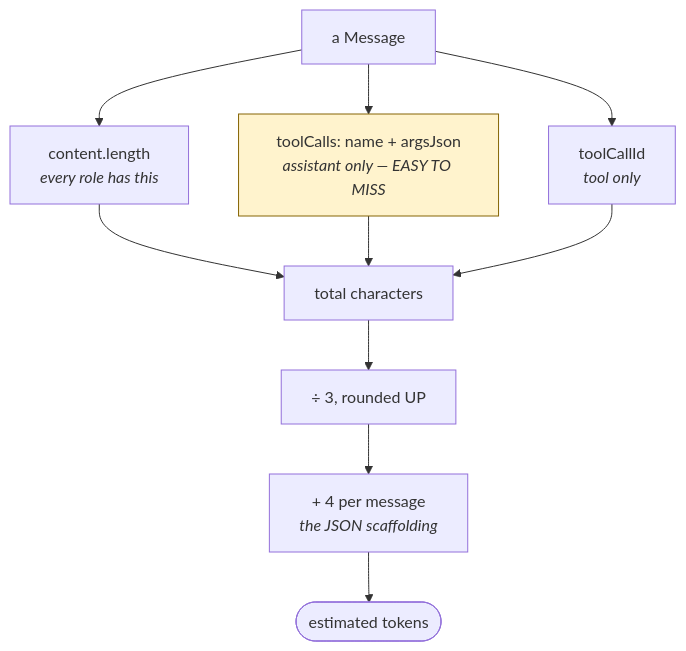
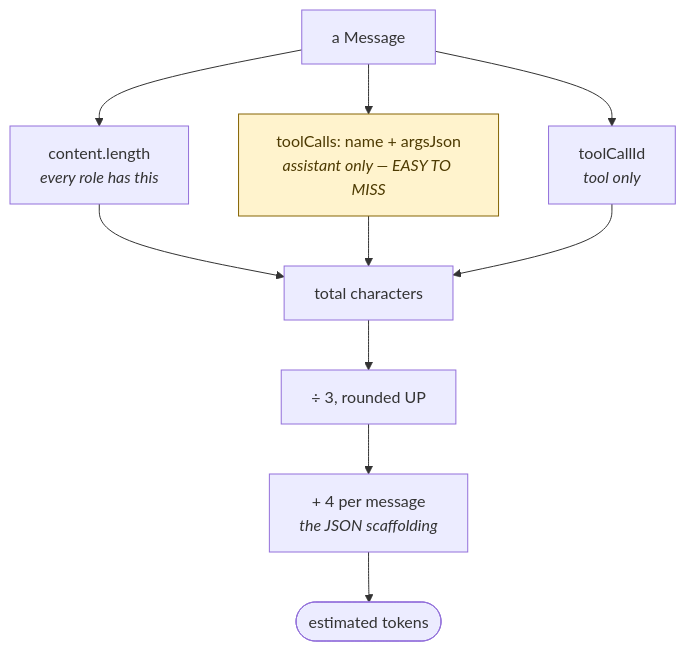
The diagram in learning/day-3/02-counting-tokens.md (bairoy/KRIMICODE), drawn with Mermaid before and after one commit. The commit also changed 7 other files, not shown here.

Commit message:
improved the mermaid diagram rendering

````diff
--- a/learning/day-3/02-counting-tokens.md
+++ b/learning/day-3/02-counting-tokens.md
@@ -154,16 +154,16 @@
 ```mermaid
 flowchart TD
     M["a Message"] --> C1["content.length<br/><i>every role has this</i>"]
     M --> C2["toolCalls: name + argsJson<br/><i>assistant only — EASY TO MISS</i>"]
     M --> C3["toolCallId<br/><i>tool only</i>"]
 
     C1 --> SUM["total characters"]
     C2 --> SUM
     C3 --> SUM
 
     SUM --> DIV["÷ 3, rounded UP"]
     DIV --> ADD["+ 4 per message<br/><i>the JSON scaffolding</i>"]
     ADD --> OUT(["estimated tokens"])
 
-    style C2 fill:#fff3cd,stroke:#856404
+    style C2 fill:#fff3cd,stroke:#856404,color:#4d3a02
 ```
````
